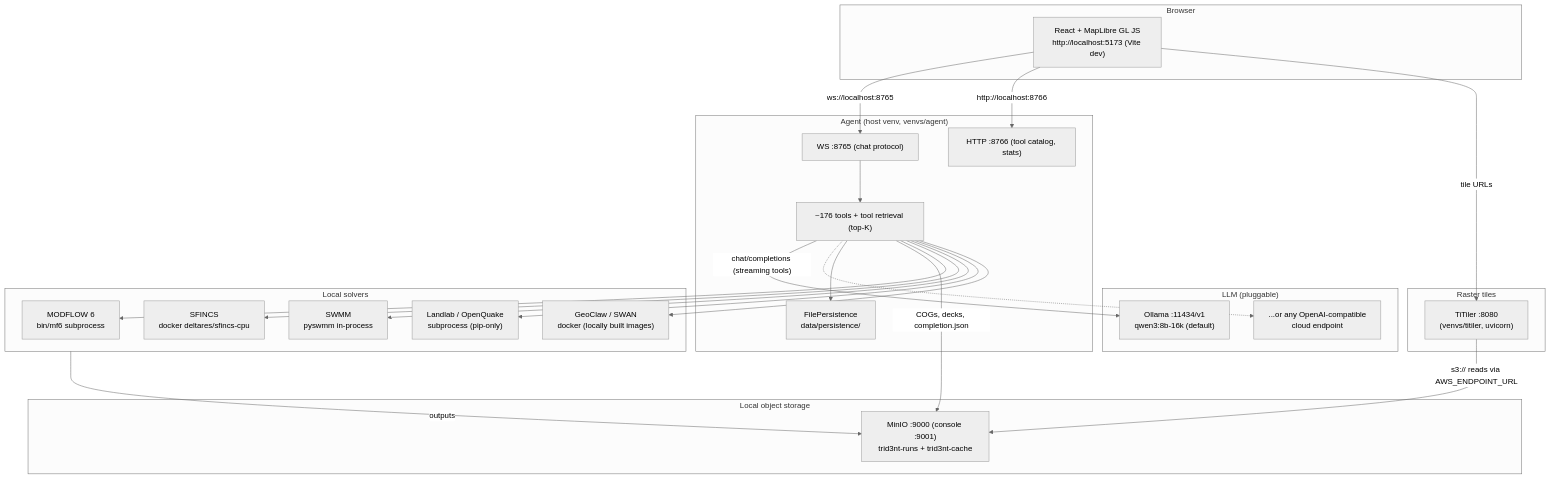
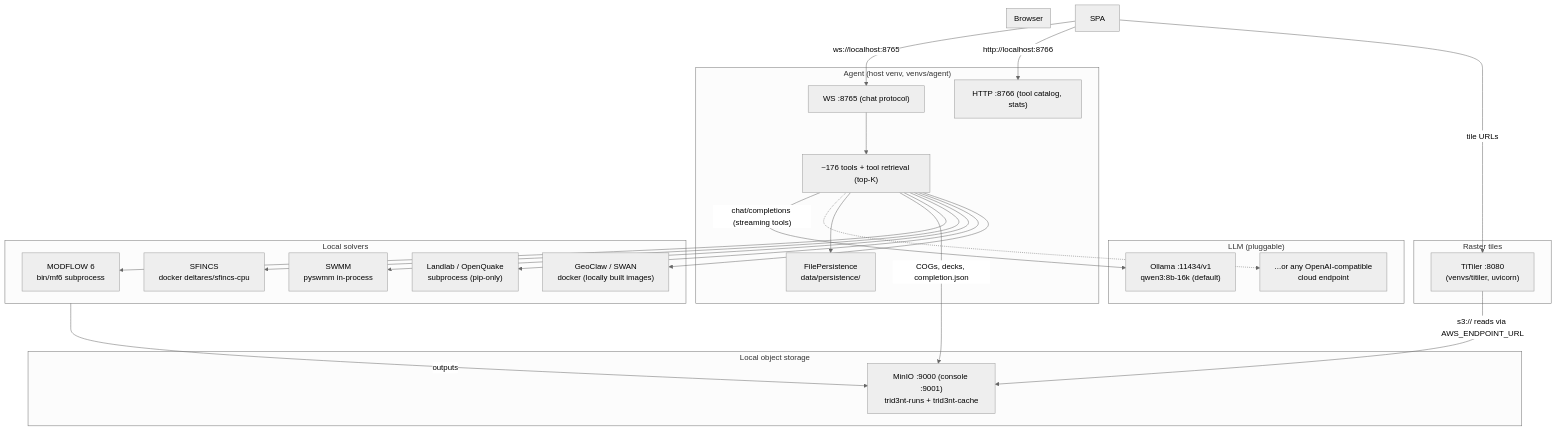
Before and after one commit to double-r-squared/trid3nt-qgis-plugin: the diagram in docs/site/overview.md, drawn with Mermaid (neutral theme). The commit also changed other lines of this file and 27 other files, not shown here.

````diff
--- a/docs/site/overview.md
+++ b/docs/site/overview.md
@@ -44,50 +42,49 @@
 ```mermaid
 graph TD
     subgraph Browser["Browser"]
-        SPA["React + MapLibre GL JS\nhttp://localhost:5173 (Vite dev)"]
     end
 
     subgraph Agent["Agent (host venv, venvs/agent)"]
         WS["WS :8765 (chat protocol)"]
         HTTP["HTTP :8766 (tool catalog, stats)"]
         Tools["~176 tools + tool retrieval (top-K)"]
         FP["FilePersistence\ndata/persistence/"]
     end
 
     subgraph LLM["LLM (pluggable)"]
         Ollama["Ollama :11434/v1\nqwen3:8b-16k (default)"]
         CloudAPI["...or any OpenAI-compatible\ncloud endpoint"]
     end
 
     subgraph Storage["Local object storage"]
         MinIO["MinIO :9000 (console :9001)\ntrid3nt-runs + trid3nt-cache"]
     end
 
     subgraph Tiles["Raster tiles"]
         TiTiler["TiTiler :8080\n(venvs/titiler, uvicorn)"]
     end
 
     subgraph Solvers["Local solvers"]
         MF6["MODFLOW 6\nbin/mf6 subprocess"]
         SFINCS["SFINCS\ndocker deltares/sfincs-cpu"]
         SWMM["SWMM\npyswmm in-process"]
         Pip["Landlab / OpenQuake\nsubprocess (pip-only)"]
         Fortran["GeoClaw / SWAN\ndocker (locally built images)"]
     end
 
     SPA -- "ws://localhost:8765" --> WS
     SPA -- "http://localhost:8766" --> HTTP
     SPA -- "tile URLs" --> TiTiler
     WS --> Tools
     Tools -- "chat/completions (streaming tools)" --> Ollama
     Tools -.-> CloudAPI
     Tools --> FP
     Tools -- "COGs, decks, completion.json" --> MinIO
     TiTiler -- "s3:// reads via AWS_ENDPOINT_URL" --> MinIO
     Tools --> MF6
     Tools --> SFINCS
     Tools --> SWMM
     Tools --> Pip
     Tools --> Fortran
     Solvers -- "outputs" --> MinIO
 ```
````
